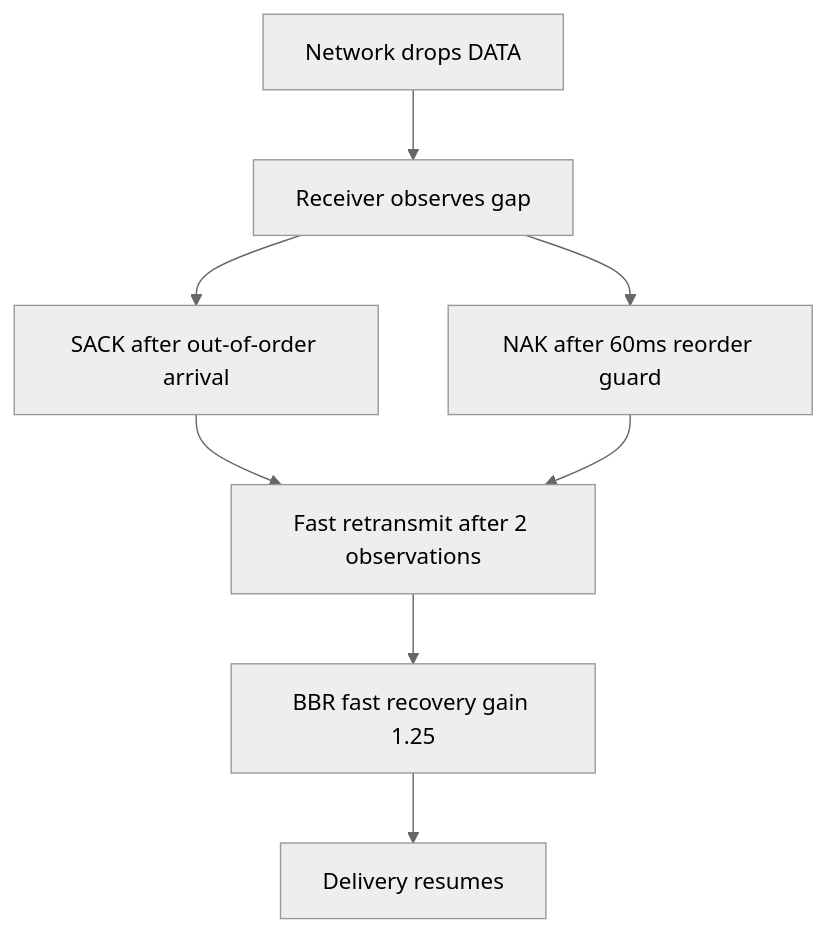
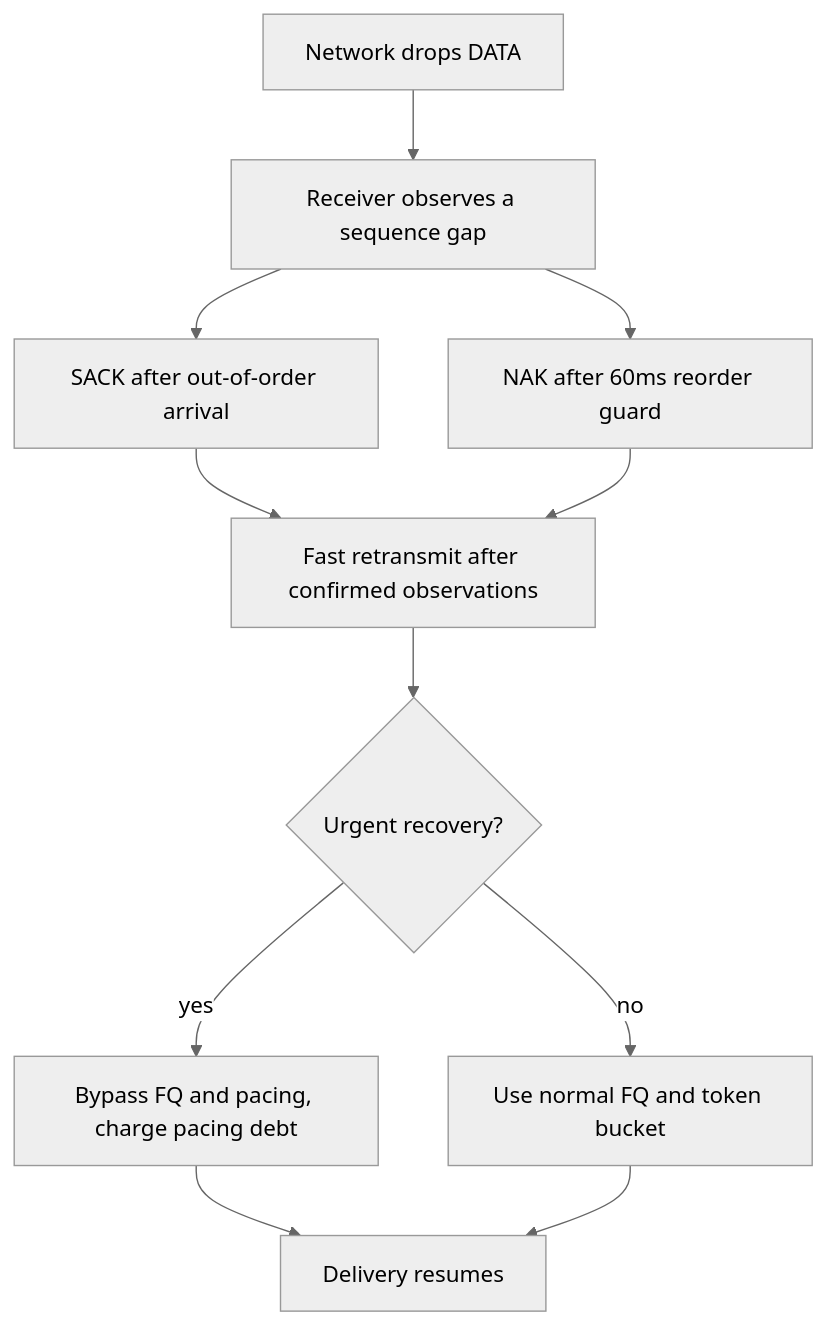
The second of 2 diagrams in docs/performance.md (liulilittle/ucp), drawn with Mermaid (neutral theme) before and after one commit. The commit also changed other lines of this file and 19 other files, not shown here.

````diff
--- a/docs/performance.md
+++ b/docs/performance.md
@@ -72,10 +68,13 @@
 ```mermaid
 flowchart TD
-    L[Network drops DATA] --> A[Receiver observes gap]
+    L[Network drops DATA] --> A[Receiver observes a sequence gap]
     A --> S[SACK after out-of-order arrival]
     A --> N[NAK after 60ms reorder guard]
-    S --> F[Fast retransmit after 2 observations]
+    S --> F[Fast retransmit after confirmed observations]
     N --> F
-    F --> R[BBR fast recovery gain 1.25]
-    R --> D[Delivery resumes]
+    F --> U{Urgent recovery?}
+    U -->|yes| Bypass[Bypass FQ and pacing, charge pacing debt]
+    U -->|no| Smooth[Use normal FQ and token bucket]
+    Bypass --> D[Delivery resumes]
+    Smooth --> D
 ```
````
